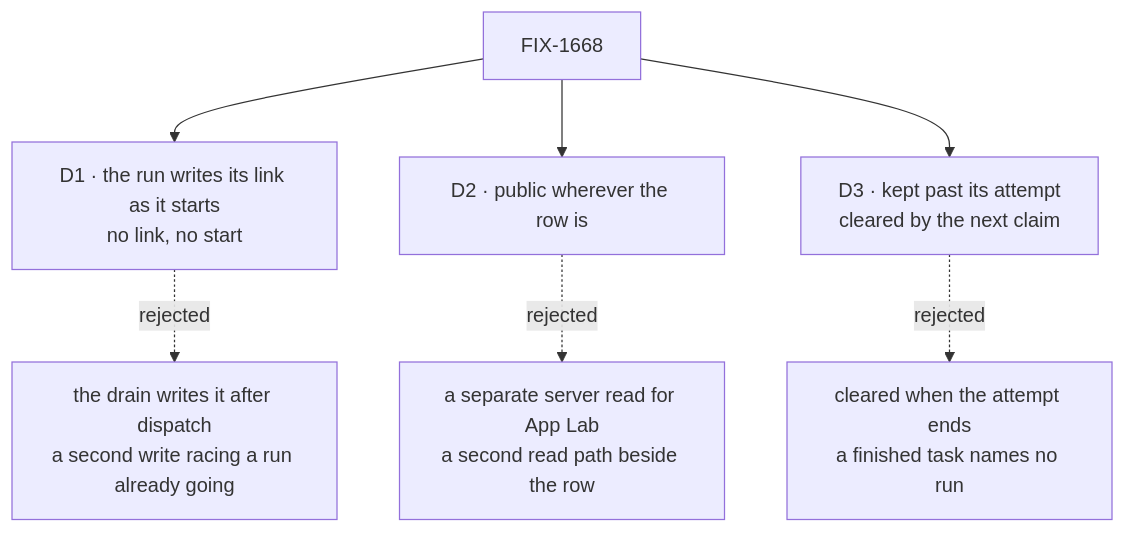
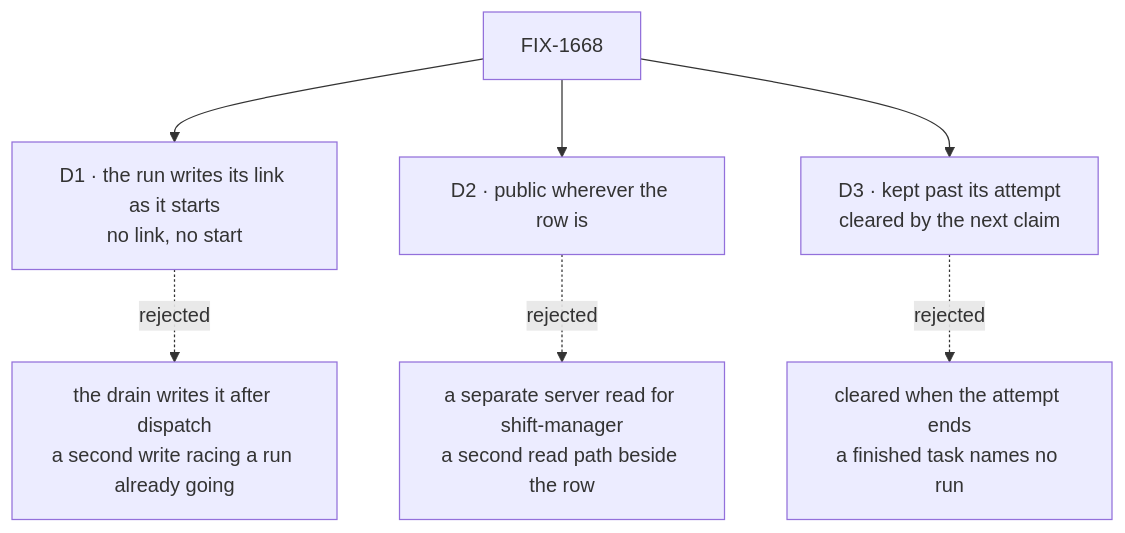
Before and after one commit to fixpoint-labs/flow-state-dev: the diagram in specs/issues/FIX-1668/DECISIONS.md, drawn with Mermaid. The commit also changed other lines of this file and 383 other files, not shown here.

First line of the commit message:
refactor: rename app-lab to shift-manager (FIX-1706)

````diff
--- a/specs/issues/FIX-1668/DECISIONS.md
+++ b/specs/issues/FIX-1668/DECISIONS.md
@@ -10,9 +10,9 @@
 ```mermaid
 flowchart TD
   I["FIX-1668"] --> D1["D1 · the run writes its link as it starts<br/>no link, no start"]
   D1 -.->|"rejected"| X1["the drain writes it after dispatch<br/>a second write racing a run already going"]
   I --> D2["D2 · public wherever the row is"]
-  D2 -.->|"rejected"| X2["a separate server read for App Lab<br/>a second read path beside the row"]
+  D2 -.->|"rejected"| X2["a separate server read for shift-manager<br/>a second read path beside the row"]
   I --> D3["D3 · kept past its attempt<br/>cleared by the next claim"]
   D3 -.->|"rejected"| X3["cleared when the attempt ends<br/>a finished task names no run"]
 ```
````
